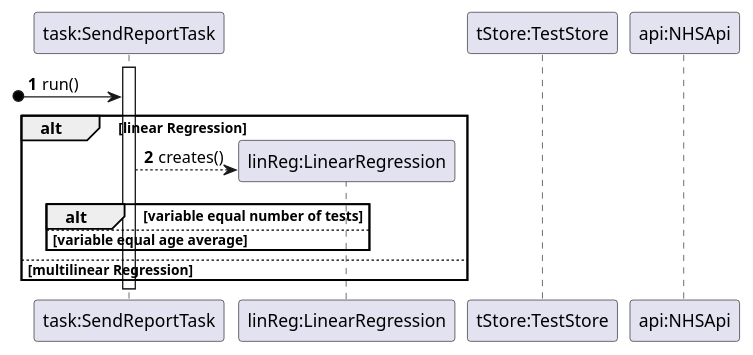
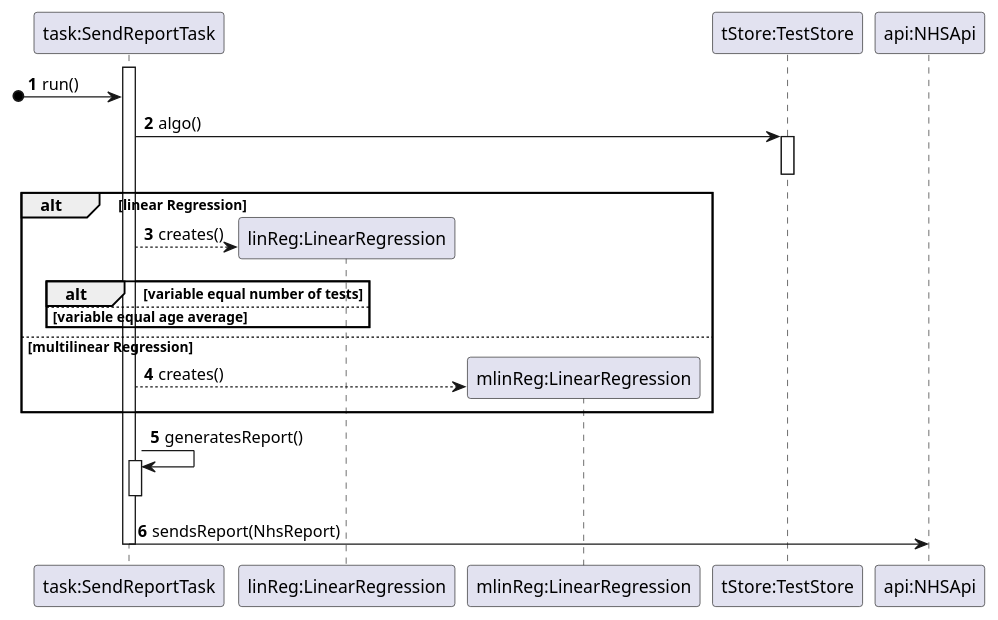
One commit to MarianaCLages/LAPR2 changed the diagram in docs/SprintD/US19/SD_runTask().puml. Above: the diagram before and after it, drawn with PlantUML. The commit also changed 12 other files, not shown here.

```diff
--- a/docs/SprintD/US19/SD_runTask().puml
+++ b/docs/SprintD/US19/SD_runTask().puml
@@ -1,21 +1,29 @@
 @startuml
-'https://plantuml.com/sequence-diagram
-
 autonumber
 participant "task:SendReportTask" as task
 participant "linReg:LinearRegression" as linReg
 participant "mlinReg:LinearRegression" as linReg
+participant "mlinReg:LinearRegression" as mlinReg
 participant "tStore:TestStore" as tStore
 participant "api:NHSApi" as api
 
 [o-> task: run()
+task -> tStore:algo()
+activate tStore
+deactivate
 alt linear Regression
     task --> linReg** : creates()
     alt variable equal number of tests
+
     else variable equal age average
     end
 else multilinear Regression
+    task --> mlinReg**:creates()
 end
 activate task
+task -> task: generatesReport()
+activate task
+deactivate
+task -> api: sendsReport(NhsReport)
 deactivate task
 @enduml
```
